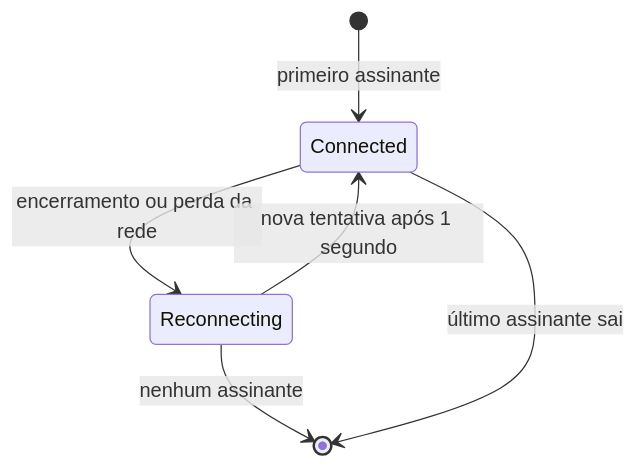
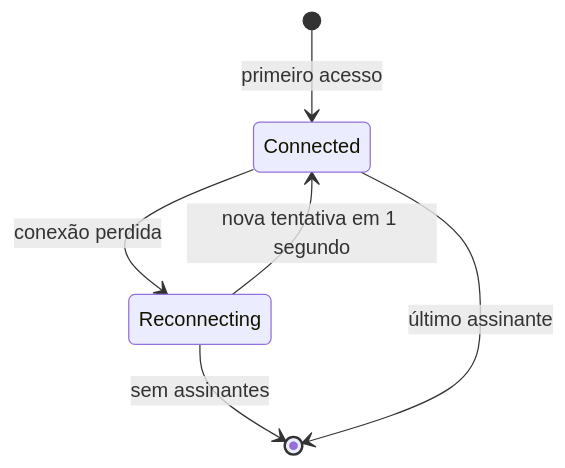
Before and after one commit to ErickCReis/ErickCReis: the second of 2 diagrams in web/content/blog/realtime-cursor-presence-with-tiny-pieces.pt-BR.mdx, drawn with Mermaid. The commit also changed other lines of this file and 21 other files, not shown here.

First line of the commit message:
Improve Mermaid diagram readability across blog posts

````diff
--- a/web/content/blog/realtime-cursor-presence-with-tiny-pieces.pt-BR.mdx
+++ b/web/content/blog/realtime-cursor-presence-with-tiny-pieces.pt-BR.mdx
@@ -83,8 +83,8 @@
 ```mermaid center
 stateDiagram-v2
-  [*] --> Connected: primeiro assinante
-  Connected --> Reconnecting: encerramento ou perda da rede
-  Reconnecting --> Connected: nova tentativa após 1 segundo
-  Reconnecting --> [*]: nenhum assinante
-  Connected --> [*]: último assinante sai
+  [*] --> Connected: primeiro acesso
+  Connected --> Reconnecting: conexão perdida
+  Reconnecting --> Connected: nova tentativa em 1 segundo
+  Reconnecting --> [*]: sem assinantes
+  Connected --> [*]: último assinante
 ```
````
